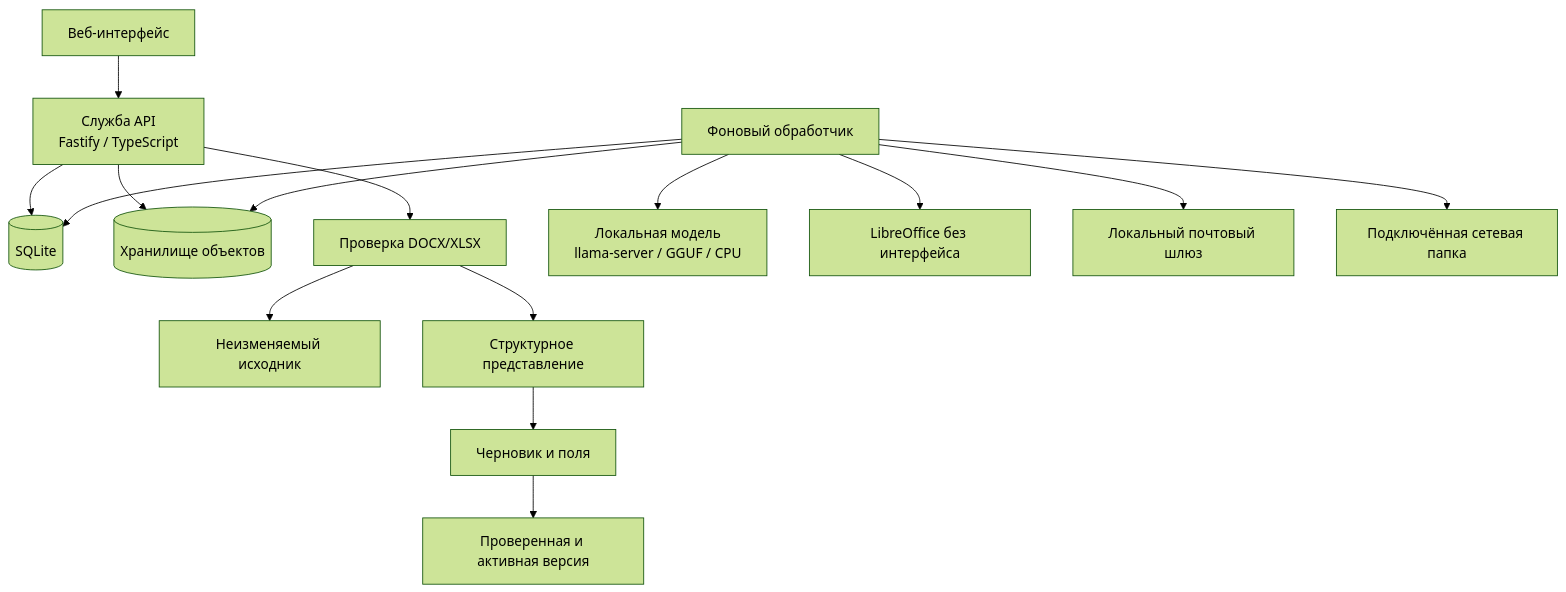
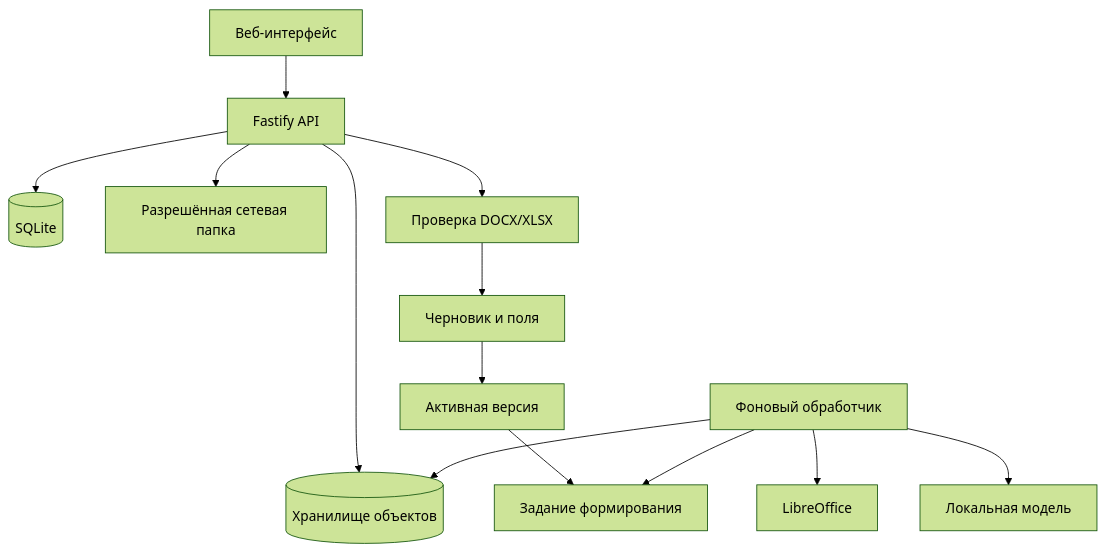
One commit to f2re/docomator changed the diagram in README.md. Above: the diagram before and after it, drawn with Mermaid (forest theme). The commit also changed other lines of this file, not shown here.

````diff
--- a/README.md
+++ b/README.md
@@ -238,17 +183,15 @@
 ```mermaid
 flowchart TB
-    UI[Веб-интерфейс] --> API[Служба API\nFastify / TypeScript]
+    UI[Веб-интерфейс] --> API[Fastify API]
     API --> DB[(SQLite)]
     API --> OBJECTS[(Хранилище объектов)]
+    API --> SHARE[Разрешённая сетевая папка]
     API --> INTAKE[Проверка DOCX/XLSX]
-    INTAKE --> QUARANTINE[Неизменяемый исходник]
-    INTAKE --> STRUCTURE[Структурное представление]
-    STRUCTURE --> DRAFT[Черновик и поля]
-    DRAFT --> RELEASE[Проверенная и активная версия]
-    WORKER[Фоновый обработчик] --> DB
+    INTAKE --> DRAFT[Черновик и поля]
+    DRAFT --> RELEASE[Активная версия]
+    RELEASE --> JOB[Задание формирования]
+    WORKER[Фоновый обработчик] --> JOB
     WORKER --> OBJECTS
-    WORKER --> LLM[Локальная модель\nllama-server / GGUF / CPU]
-    WORKER --> LO[LibreOffice без интерфейса]
-    WORKER --> SMTP[Локальный почтовый шлюз]
-    WORKER --> SHARE[Подключённая сетевая папка]
+    WORKER --> LO[LibreOffice]
+    WORKER --> LLM[Локальная модель]
 ```
````
